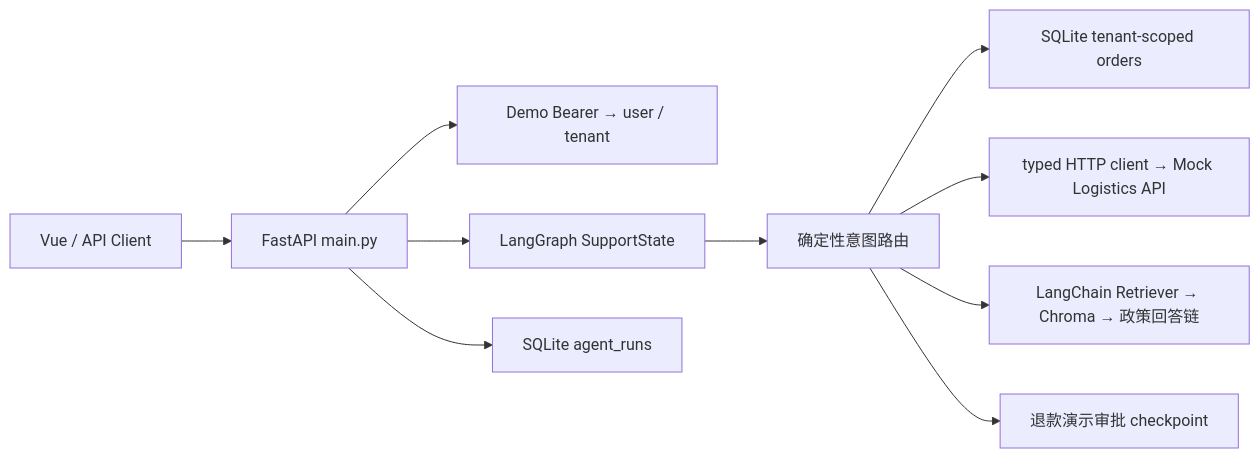
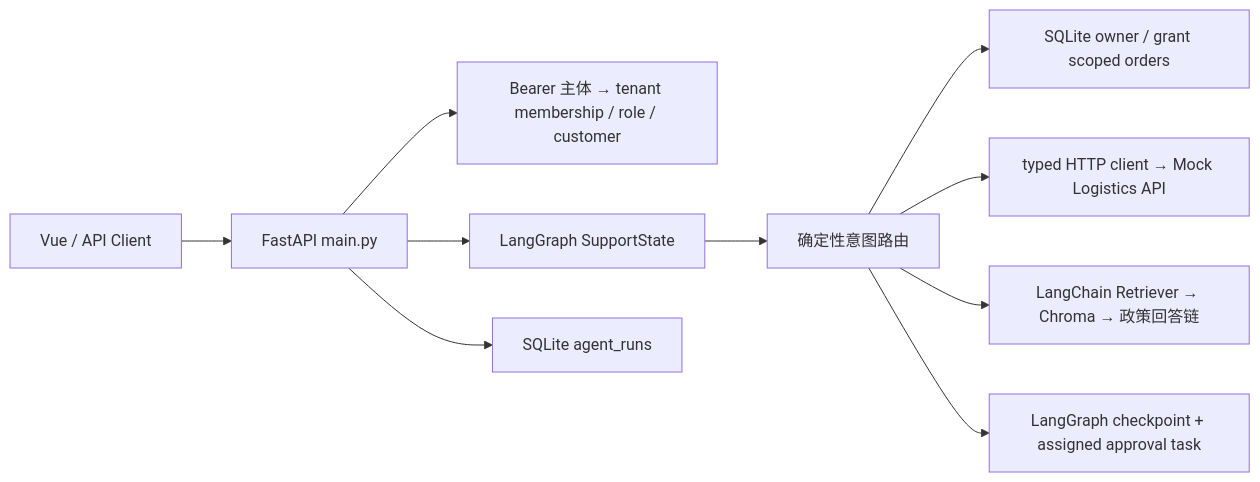
One commit to KaelLee335/enterprise-support-agent-v2 changed the first of 2 diagrams in ARCHITECTURE.md. Above: the diagram before and after it, drawn with Mermaid. The commit also changed other lines of this file and 53 other files, not shown here.

````diff
--- a/ARCHITECTURE.md
+++ b/ARCHITECTURE.md
@@ -7,12 +7,12 @@
 ```mermaid
 flowchart LR
   U[Vue / API Client] --> API[FastAPI main.py]
-  API --> AUTH[Demo Bearer → user / tenant]
+  API --> AUTH[Bearer 主体 → tenant membership / role / customer]
   API --> GRAPH[LangGraph SupportState]
   GRAPH --> ROUTE[确定性意图路由]
-  ROUTE --> SQL[SQLite tenant-scoped orders]
+  ROUTE --> SQL[SQLite owner / grant scoped orders]
   ROUTE --> LOG[typed HTTP client → Mock Logistics API]
   ROUTE --> RAG[LangChain Retriever → Chroma → 政策回答链]
-  ROUTE --> HITL[退款演示审批 checkpoint]
+  ROUTE --> HITL[LangGraph checkpoint + assigned approval task]
   API --> RUNS[SQLite agent_runs]
 ```
````
